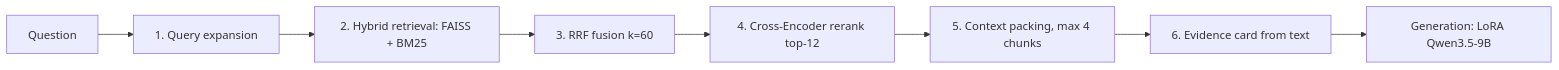
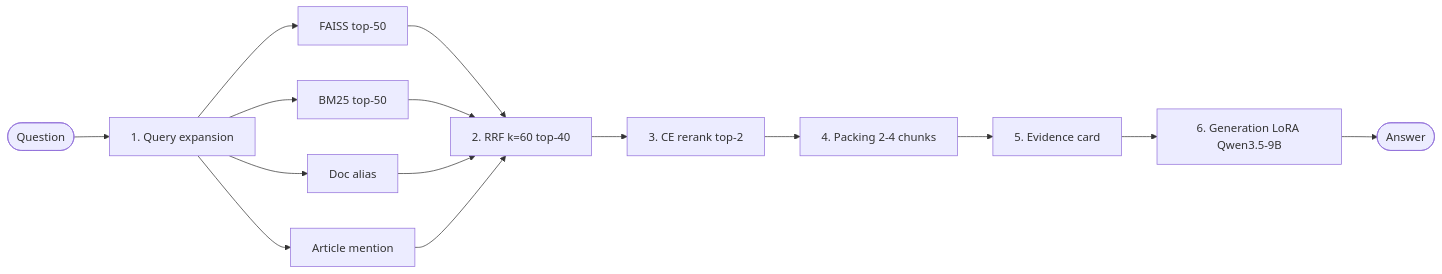
The fourth of 13 diagrams in docs/NLP_REPORT_EN_DEEP.md (Anakonkai01/nlp-traffic-laws), drawn with Mermaid before and after one commit. The commit also changed other lines of this file and 49 other files, not shown here.

Commit message:
Refine deep-dive report: chunking examples, MNR fine-tune explanation with examples, retrieval/ablation charts

````diff
--- a/docs/NLP_REPORT_EN_DEEP.md
+++ b/docs/NLP_REPORT_EN_DEEP.md
@@ -208,10 +206,14 @@
 ```mermaid
 flowchart LR
-    Q["Question"] --> E["1. Query expansion"]
-    E --> H["2. Hybrid retrieval: FAISS + BM25"]
-    H --> F["3. RRF fusion k=60"]
-    F --> C["4. Cross-Encoder rerank top-12"]
-    C --> P["5. Context packing, max 4 chunks"]
-    P --> S["6. Evidence card from text"]
-    S --> G["Generation: LoRA Qwen3.5-9B"]
+    Q(["Question"]) --> S1["1. Query expansion"]
+    S1 --> S2A["FAISS top-50"]
+    S1 --> S2B["BM25 top-50"]
+    S1 --> S2C["Doc alias"]
+    S1 --> S2D["Article mention"]
+    S2A & S2B & S2C & S2D --> S3["2. RRF k=60 top-40"]
+    S3 --> S4["3. CE rerank top-2"]
+    S4 --> S5["4. Packing 2-4 chunks"]
+    S5 --> S6["5. Evidence card"]
+    S6 --> S7["6. Generation LoRA Qwen3.5-9B"]
+    S7 --> ANS(["Answer"])
 ```
````
